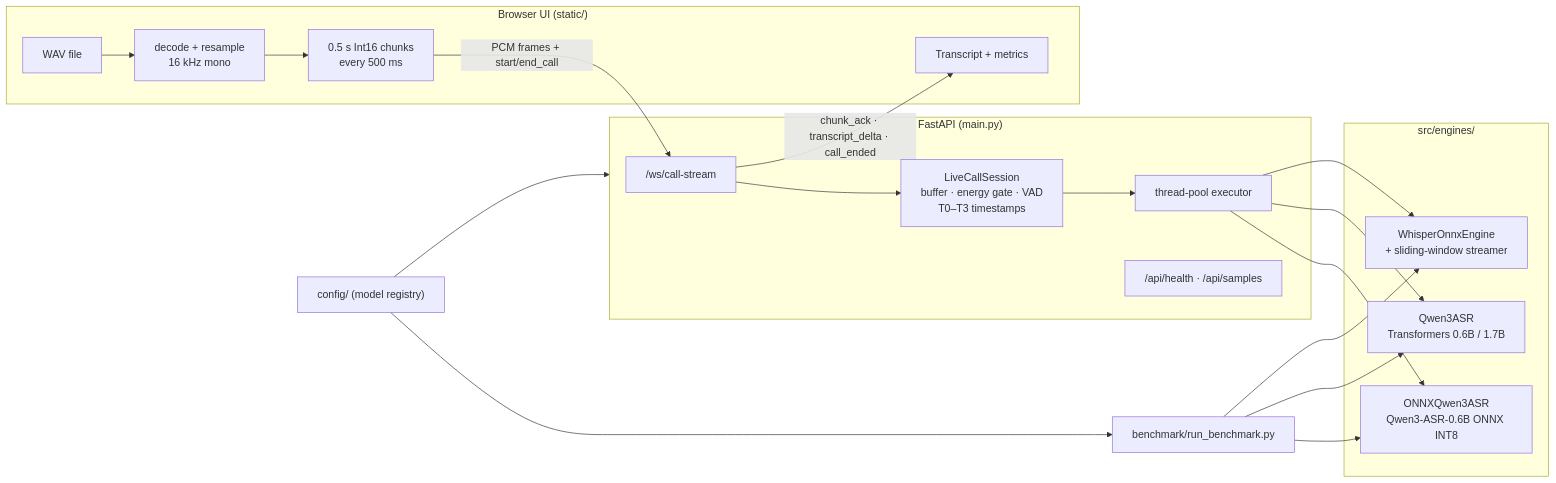
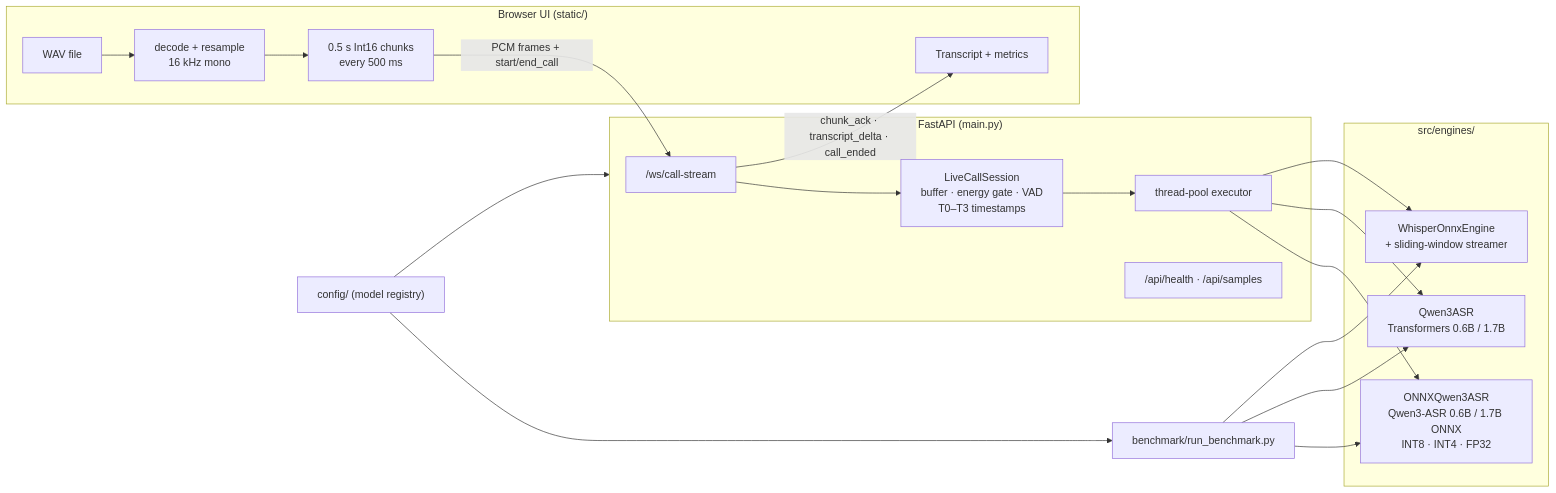
The first of 2 diagrams in README.md (naseemap47/RT-MASR-CPU), drawn with Mermaid before and after one commit. The commit also changed other lines of this file and 13 other files, not shown here.

Commit message:
update: qwen3_onnx -> qwen3_onnx_0.6b_int8

````diff
--- a/README.md
+++ b/README.md
@@ -25,36 +25,36 @@
 ```mermaid
 flowchart LR
     subgraph Browser["Browser UI (static/)"]
         A["WAV file"] --> B["decode + resample<br/>16 kHz mono"]
         B --> C["0.5 s Int16 chunks<br/>every 500 ms"]
         T["Transcript + metrics"]
     end
 
     subgraph Server["FastAPI (main.py)"]
         W["/ws/call-stream"]
         S["LiveCallSession<br/>buffer · energy gate · VAD<br/>T0–T3 timestamps"]
         X["thread-pool executor"]
         H["/api/health · /api/samples"]
     end
 
     subgraph Engines["src/engines/"]
-        E1["ONNXQwen3ASR<br/>Qwen3-ASR-0.6B ONNX INT8"]
+        E1["ONNXQwen3ASR<br/>Qwen3-ASR 0.6B / 1.7B ONNX<br/>INT8 · INT4 · FP32"]
         E2["Qwen3ASR<br/>Transformers 0.6B / 1.7B"]
         E3["WhisperOnnxEngine<br/>+ sliding-window streamer"]
     end
 
     BM["benchmark/run_benchmark.py"]
     CFG["config/ (model registry)"]
 
     C -- "PCM frames + start/end_call" --> W
     W --> S --> X
     X --> E1
     X --> E2
     X --> E3
     W -- "chunk_ack · transcript_delta · call_ended" --> T
     CFG --> Server
     CFG --> BM
     BM --> E1
     BM --> E2
     BM --> E3
 ```
````
